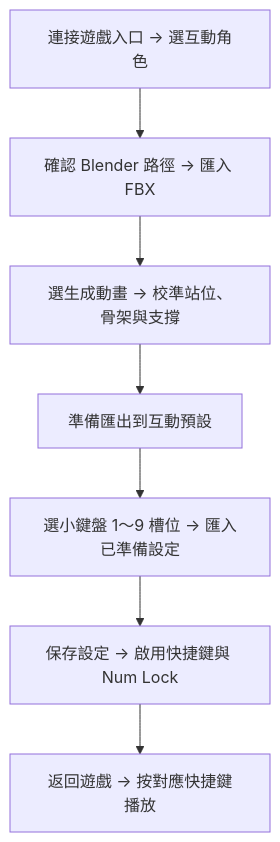
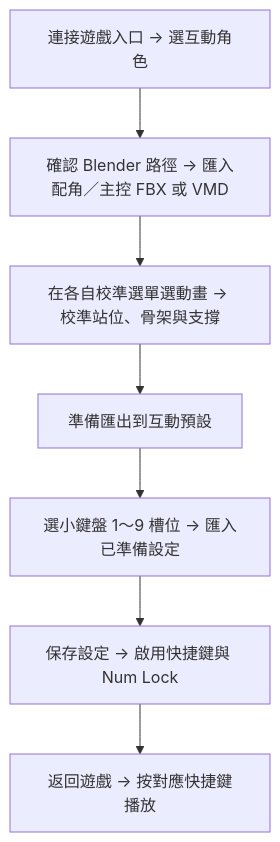
The diagram in README.md (kevindaze/EndfieldAnimationImporter), drawn with Mermaid before and after one commit. The commit also changed other lines of this file and 169 other files, not shown here.

````diff
--- a/README.md
+++ b/README.md
@@ -45,9 +43,9 @@
 ```mermaid
 flowchart TD
-    A[連接遊戲入口 → 選互動角色] --> B[確認 Blender 路徑 → 匯入 FBX]
-    B --> C[選生成動畫 → 校準站位、骨架與支撐]
+    A[連接遊戲入口 → 選互動角色] --> B[確認 Blender 路徑 → 匯入配角／主控 FBX 或 VMD]
+    B --> C[在各自校準選單選動畫 → 校準站位、骨架與支撐]
     C --> D[準備匯出到互動預設]
     D --> E[選小鍵盤 1～9 槽位 → 匯入已準備設定]
     E --> F[保存設定 → 啟用快捷鍵與 Num Lock]
     F --> G[返回遊戲 → 按對應快捷鍵播放]
 ```
````
